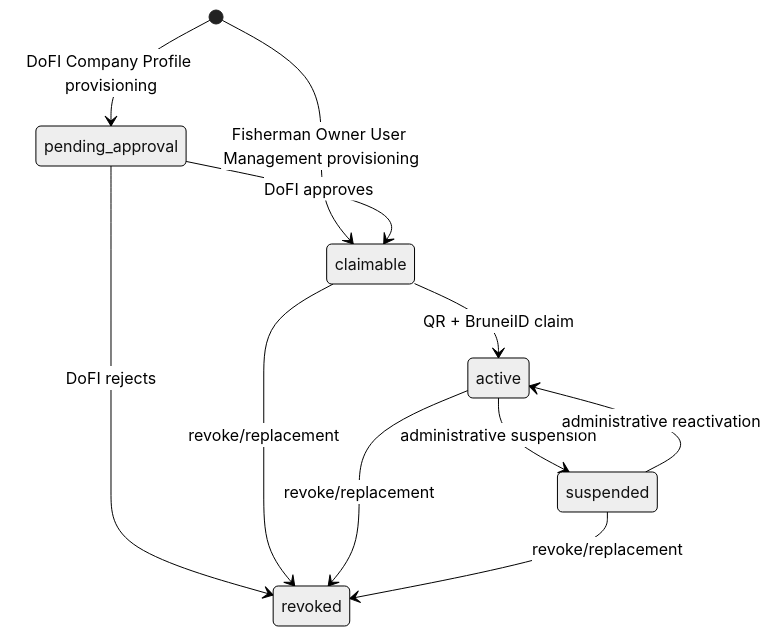
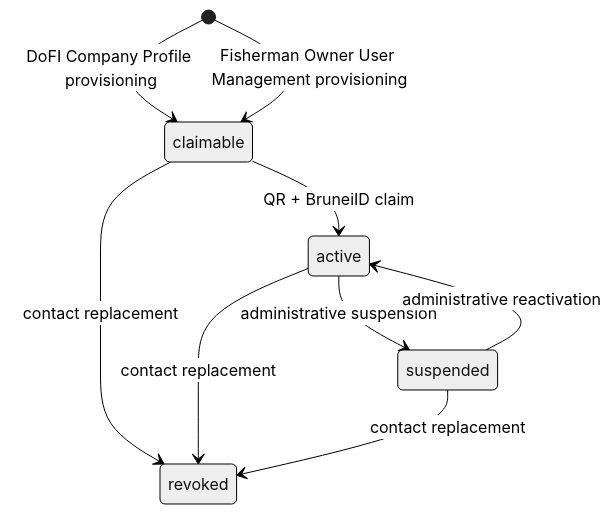
Before and after one commit to arya020595/st_dofi_backend: the third of 4 diagrams in docs/registration/business-flow.md, drawn with Mermaid (neutral theme). The commit also changed other lines of this file and 77 other files, not shown here.

````diff
--- a/docs/registration/business-flow.md
+++ b/docs/registration/business-flow.md
@@ -179,13 +167,11 @@
 ```mermaid
 stateDiagram-v2
-    [*] --> pending_approval: DoFI Company Profile provisioning
+    [*] --> claimable: DoFI Company Profile provisioning
     [*] --> claimable: Fisherman Owner User Management provisioning
-    pending_approval --> claimable: DoFI approves
-    pending_approval --> revoked: DoFI rejects
     claimable --> active: QR + BruneiID claim
     active --> suspended: administrative suspension
     suspended --> active: administrative reactivation
-    claimable --> revoked: revoke/replacement
-    active --> revoked: revoke/replacement
-    suspended --> revoked: revoke/replacement
+    claimable --> revoked: contact replacement
+    active --> revoked: contact replacement
+    suspended --> revoked: contact replacement
 ```
````
